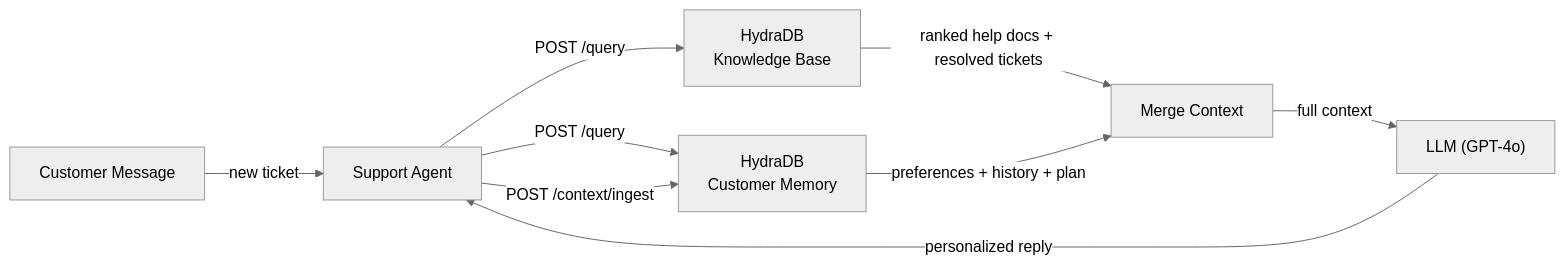
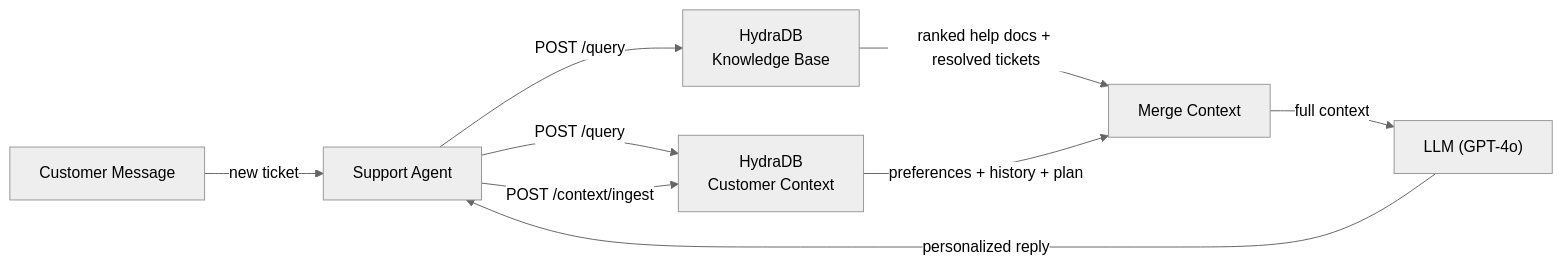
One commit to hydra-db/mintlify-docs changed the diagram in cookbooks/v2/customer-support-agent.mdx. Above: the diagram before and after it, drawn with Mermaid (neutral theme). The commit also changed other lines of this file and 13 other files, not shown here.

````diff
--- a/cookbooks/v2/customer-support-agent.mdx
+++ b/cookbooks/v2/customer-support-agent.mdx
@@ -62,11 +59,11 @@
 ```mermaid
 graph LR
     A["Customer Message"] -->|"new ticket"| B["Support Agent"]
     B -->|"POST /query"| C["HydraDB\nKnowledge Base"]
-    B -->|"POST /query"| D["HydraDB\nCustomer Memory"]
+    B -->|"POST /query"| D["HydraDB\nCustomer Context"]
     C -->|"ranked help docs + resolved tickets"| E["Merge Context"]
     D -->|"preferences + history + plan"| E
     E -->|"full context"| F["LLM (GPT-4o)"]
     F -->|"personalized reply"| B
     B -->|"POST /context/ingest"| D
 ```
````
